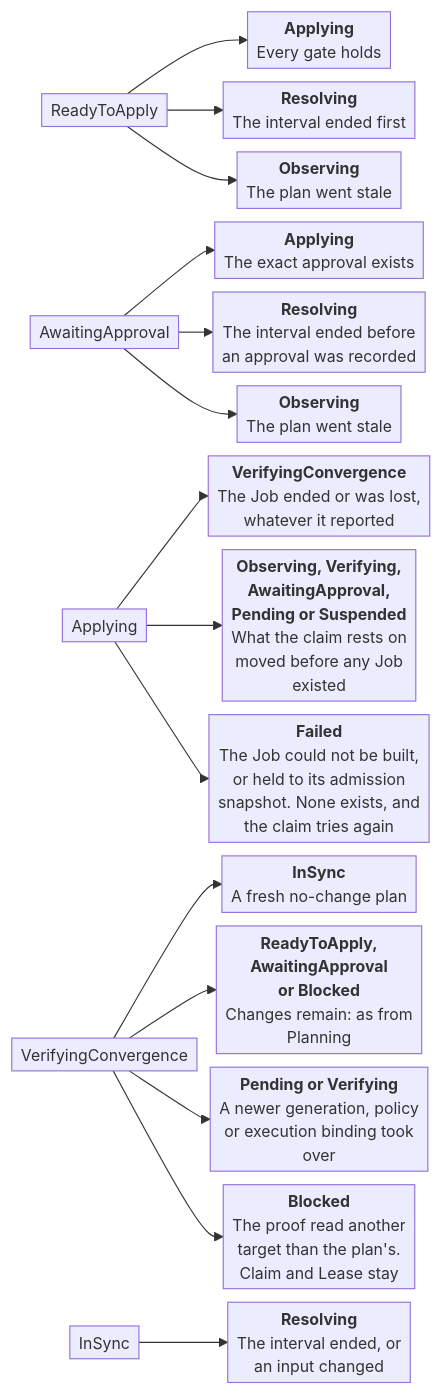
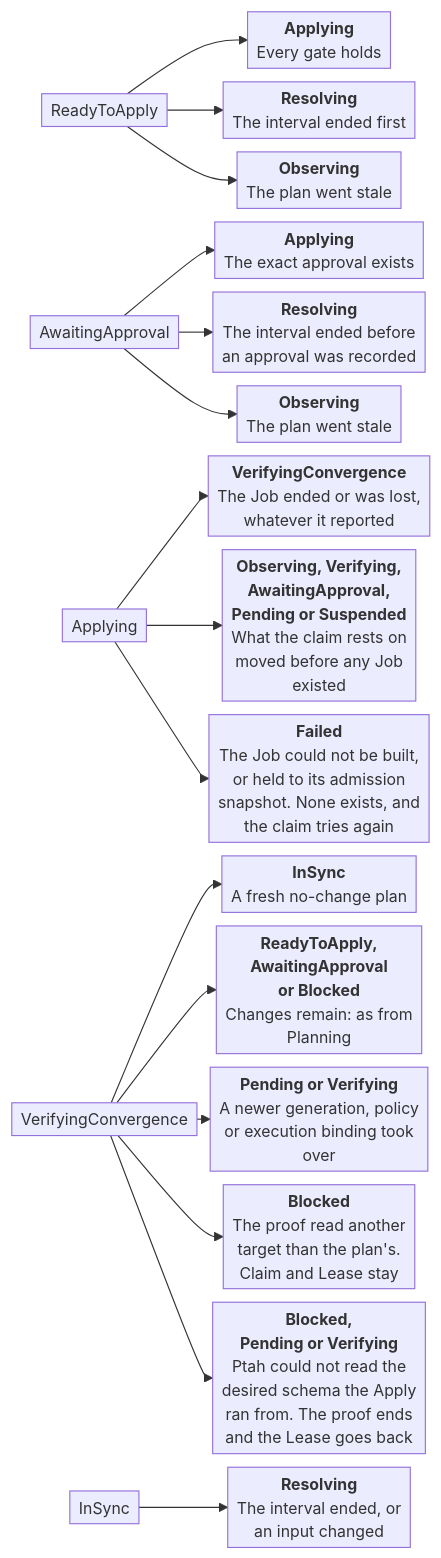
One commit to stokaro/ptah-operator changed the fourth of 8 diagrams in docs/site/src/content/docs/reference/reconciliation.md. Above: the diagram before and after it, drawn with Mermaid. The commit also changed other lines of this file and 31 other files, not shown here.

````diff
--- a/docs/site/src/content/docs/reference/reconciliation.md
+++ b/docs/site/src/content/docs/reference/reconciliation.md
@@ -224,37 +229,38 @@
 ```mermaid
 ---
 config:
   look: classic
   themeVariables:
     fontSize: 14px
   flowchart:
     wrappingWidth: 260
     nodeSpacing: 12
     rankSpacing: 10
     padding: 4
     diagramPadding: 6
 ---
 flowchart LR
   %% status.phase
   accTitle: A schema's phases from a plan to the proof
   accDescr: ReadyToApply and AwaitingApproval lead to Applying, and every Apply Job that ended leads to VerifyingConvergence, which leads to InSync or back to a plan's verdict. Each box on the right names the next phase and what moves the resource there.
   ready["ReadyToApply"]
   approval["AwaitingApproval"]
   applying["Applying"]
   proof["VerifyingConvergence"]
   insync["InSync"]
   ready --> readyApplies["<b>Applying</b><br/>Every gate holds"]
   ready --> readyRefreshes["<b>Resolving</b><br/>The interval ended first"]
   ready --> readyStale["<b>Observing</b><br/>The plan went stale"]
   approval --> approved["<b>Applying</b><br/>The exact approval exists"]
   approval --> approvalRefreshes["<b>Resolving</b><br/>The interval ended before<br/>an approval was recorded"]
   approval --> approvalStale["<b>Observing</b><br/>The plan went stale"]
   applying --> applyEnded["<b>VerifyingConvergence</b><br/>The Job ended or was lost,<br/>whatever it reported"]
   applying --> applyWithdrawn["<b>Observing, Verifying,</b><br/><b>AwaitingApproval,</b><br/><b>Pending or Suspended</b><br/>What the claim rests on<br/>moved before any Job<br/>existed"]
   applying --> applyUnbuilt["<b>Failed</b><br/>The Job could not be built,<br/>or held to its admission<br/>snapshot. None exists, and<br/>the claim tries again"]
   proof --> proved["<b>InSync</b><br/>A fresh no-change plan"]
   proof --> changesRemain["<b>ReadyToApply,</b><br/><b>AwaitingApproval</b><br/><b>or Blocked</b><br/>Changes remain: as from<br/>Planning"]
   proof --> superseded["<b>Pending or Verifying</b><br/>A newer generation, policy<br/>or execution binding took<br/>over"]
   proof --> targetMoved["<b>Blocked</b><br/>The proof read another<br/>target than the plan's.<br/>Claim and Lease stay"]
+  proof --> proofUnreadable["<b>Blocked,</b><br/><b>Pending or Verifying</b><br/>Ptah could not read the<br/>desired schema the Apply<br/>ran from. The proof ends<br/>and the Lease goes back"]
   insync --> insyncReads["<b>Resolving</b><br/>The interval ended, or<br/>an input changed"]
 ```
````
